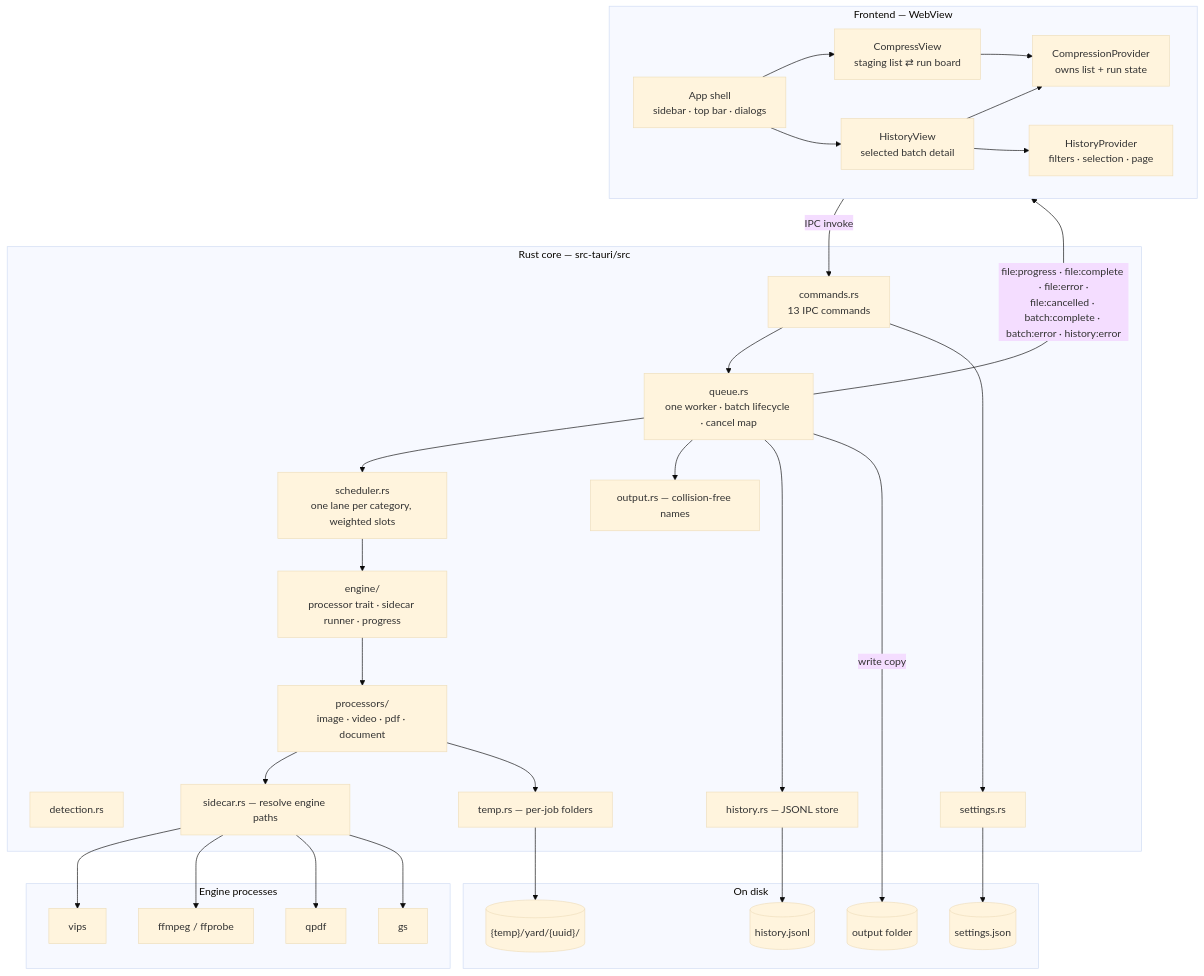
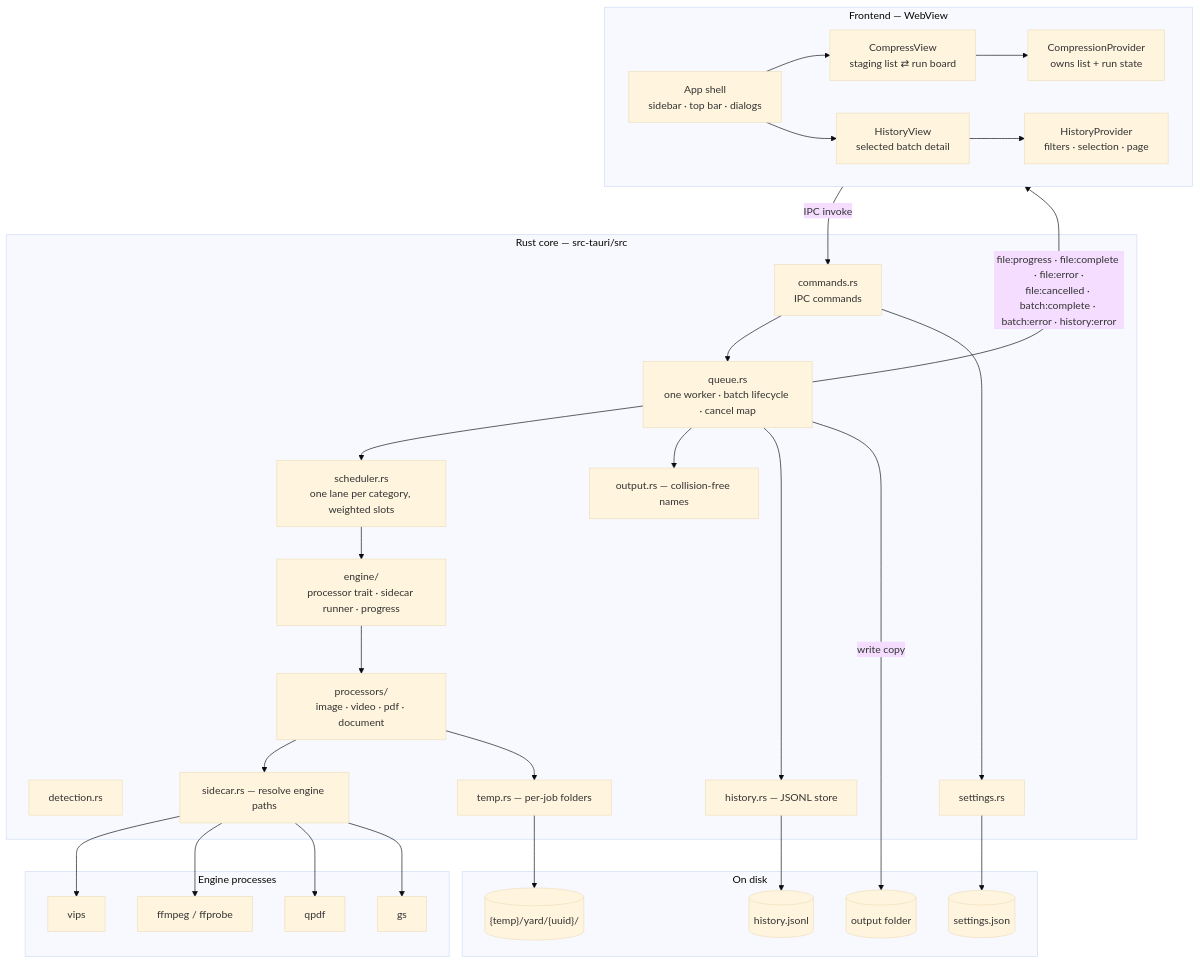
Before and after one commit to initgrep-apps/filecompressor: the first of 2 diagrams in docs/ARCHITECTURE.md, drawn with Mermaid (base theme). The commit also changed other lines of this file and 7 other files, not shown here.

````diff
--- a/docs/ARCHITECTURE.md
+++ b/docs/ARCHITECTURE.md
@@ -27,60 +27,59 @@
 ```mermaid
 flowchart TB
     subgraph FE["Frontend — WebView"]
         APP["App shell<br/>sidebar · top bar · dialogs"]
         CV["CompressView<br/>staging list ⇄ run board"]
         HV["HistoryView<br/>selected batch detail"]
         CP["CompressionProvider<br/>owns list + run state"]
         HP["HistoryProvider<br/>filters · selection · page"]
         APP --> CV
         APP --> HV
         CV --> CP
-        HV --> CP
         HV --> HP
     end
 
     subgraph CORE["Rust core — src-tauri/src"]
-        CMD["commands.rs<br/>13 IPC commands"]
+        CMD["commands.rs<br/>IPC commands"]
         Q["queue.rs<br/>one worker · batch lifecycle · cancel map"]
         SCH["scheduler.rs<br/>one lane per category, weighted slots"]
         ENG["engine/<br/>processor trait · sidecar runner · progress"]
         REG["processors/<br/>image · video · pdf · document"]
         DET["detection.rs"]
         OUT["output.rs — collision-free names"]
         TMP["temp.rs — per-job folders"]
         HS["history.rs — JSONL store"]
         SET["settings.rs"]
         SC["sidecar.rs — resolve engine paths"]
     end
 
     subgraph DISK["On disk"]
         STORE[("settings.json")]
         HIST[("history.jsonl")]
         TMPD[("{temp}/yard/{uuid}/")]
         OUTD[("output folder")]
     end
 
     subgraph ENGINES["Engine processes"]
         VIPS[vips]
         FF[ffmpeg / ffprobe]
         QPDF[qpdf]
         GS[gs]
     end
 
     FE -- "IPC invoke" --> CMD
     CMD --> Q
     Q --> SCH
     SCH --> ENG
     ENG --> REG
     REG --> SC
     SC --> VIPS & FF & QPDF & GS
     REG --> TMP
     Q --> OUT
     Q --> HS
     CMD --> SET
     SET --> STORE
     HS --> HIST
     TMP --> TMPD
     Q -- "write copy" --> OUTD
     Q -- "file:progress · file:complete · file:error ·<br/>file:cancelled · batch:complete · batch:error · history:error" --> FE
 ```
````
